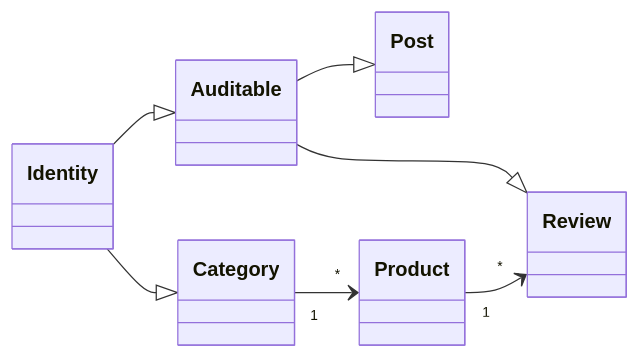
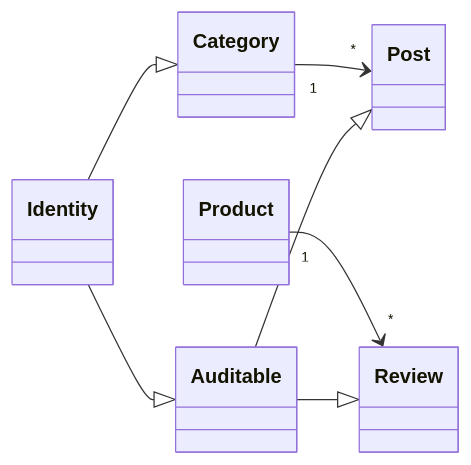
One commit to GitHubVasilev/Blog changed the first of 6 diagrams in readme.md. Above: the diagram before and after it, drawn with Mermaid. The commit also changed other lines of this file, not shown here.

````diff
--- a/readme.md
+++ b/readme.md
@@ -107,11 +107,11 @@
 ``` mermaid
 classDiagram
 	direction RL
-	Product "*" <-- "1" Category
+	Post "*" <-- "1" Category
 	Review "*" <-- "1" Product
 	Auditable <|-- Identity
 	Category <|-- Identity
 	Post <|-- Auditable
 	Review <|-- Auditable
 
 ```
````
